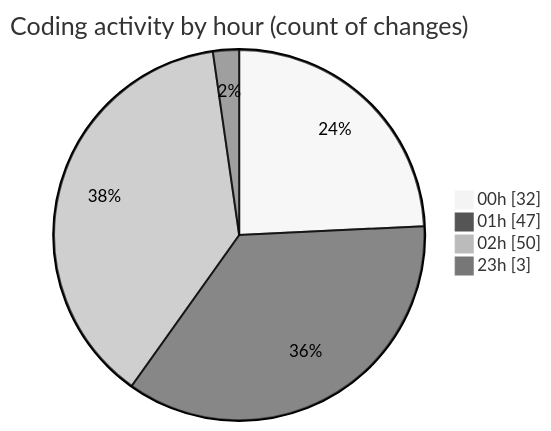
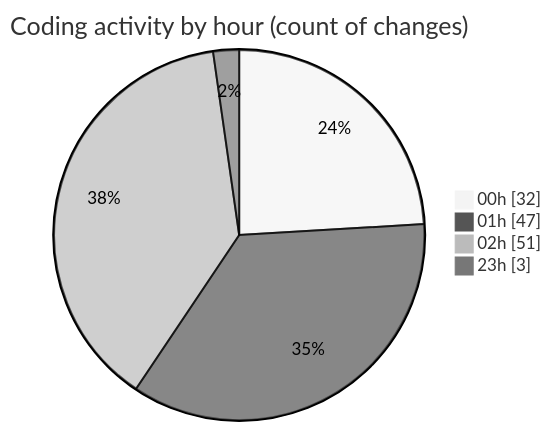
The second of 2 diagrams in 2025-07-28/quanlyrapchieuphim-1/README.md (lephambinh05/code-tracking), drawn with Mermaid (neutral theme) before and after one commit. The commit also changed other lines of this file and 1 other file, not shown here.

````diff
--- a/2025-07-28/quanlyrapchieuphim-1/README.md
+++ b/2025-07-28/quanlyrapchieuphim-1/README.md
@@ -48,8 +48,8 @@
 ```mermaid
 pie showData
 title Coding activity by hour (count of changes)
 "00h" : 32
 "01h" : 47
-"02h" : 50
+"02h" : 51
 "23h" : 3
 ```
````
